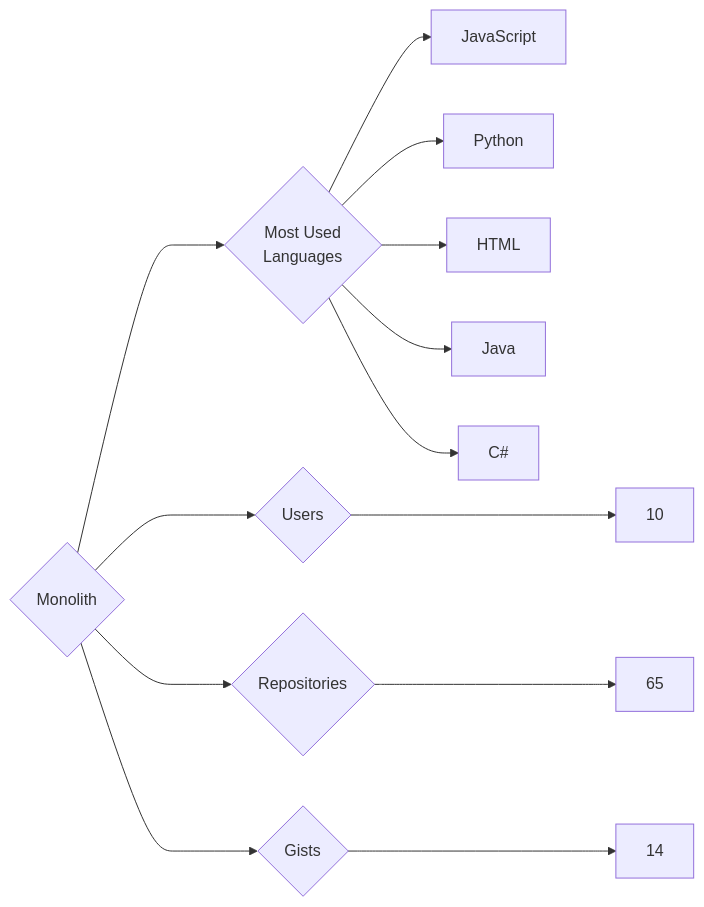
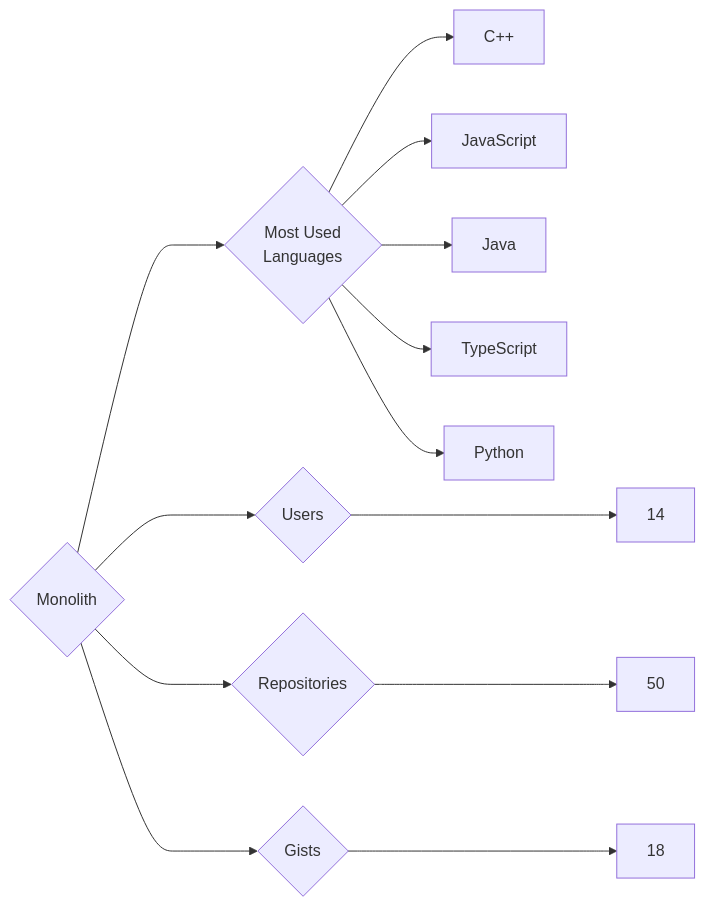
The diagram in targets/Monolith/README.md (trickest/insiders), drawn with Mermaid before and after one commit. The commit also changed 787 other files, not shown here.

````diff
--- a/targets/Monolith/README.md
+++ b/targets/Monolith/README.md
@@ -3,13 +3,13 @@
 ```mermaid
 graph LR
 COMPANY_NAME{Monolith}
-COMPANY_NAME ---> U{Users} ---> UN[10]
-COMPANY_NAME ---> R{Repositories} ---> RN[65]
-COMPANY_NAME ---> G{Gists} ---> GN[14]
+COMPANY_NAME ---> U{Users} ---> UN[14]
+COMPANY_NAME ---> R{Repositories} ---> RN[50]
+COMPANY_NAME ---> G{Gists} ---> GN[18]
 COMPANY_NAME ---> ML{Most Used<br>Languages}
+ML --> C++[C++]
 ML --> JavaScript[JavaScript]
+ML --> Java[Java]
+ML --> TypeScript[TypeScript]
 ML --> Python[Python]
-ML --> HTML[HTML]
-ML --> Java[Java]
-ML --> C#[C#]
 ```
````
